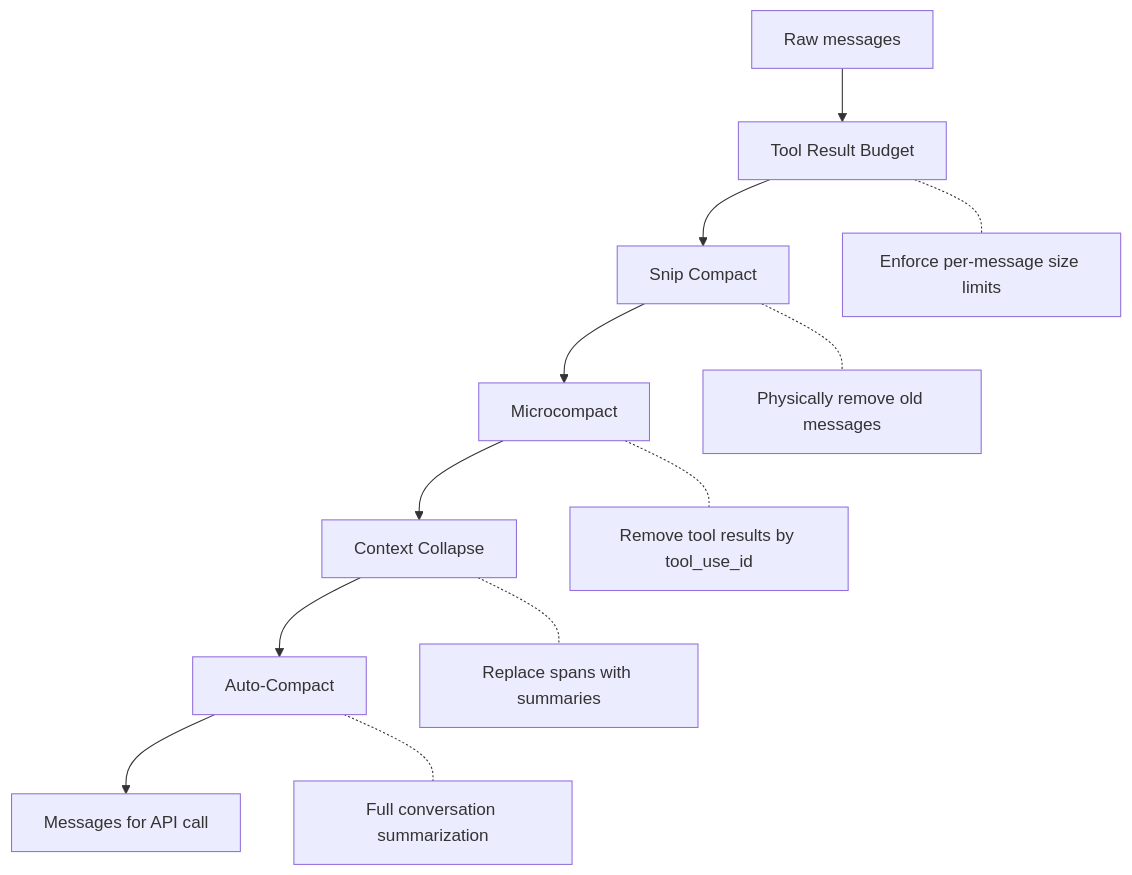
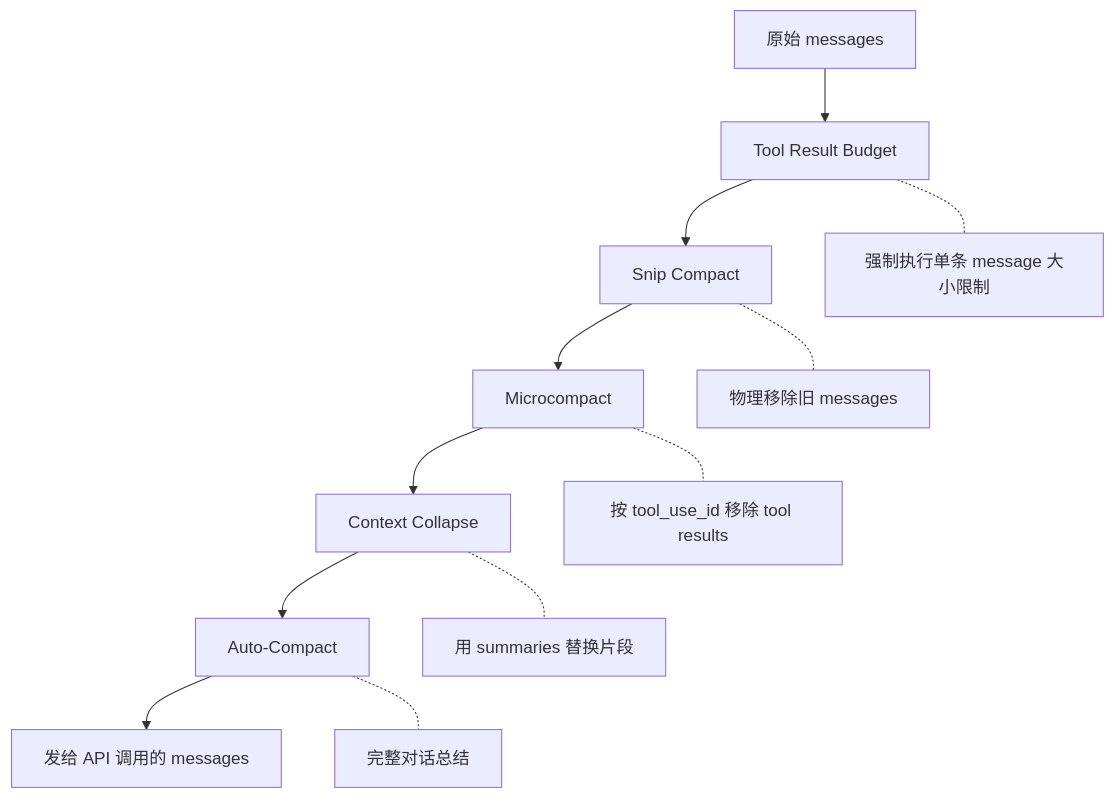
Before and after one commit to quanuanc/claude-code-from-source: the second of 3 diagrams in book-zh/ch05-agent-loop.md, drawn with Mermaid. The commit also changed other lines of this file and 1 other file, not shown here.

````diff
--- a/book-zh/ch05-agent-loop.md
+++ b/book-zh/ch05-agent-loop.md
@@ -199,15 +192,15 @@
 ```mermaid
 graph TD
-    A[Raw messages] --> B[Tool Result Budget]
+    A[原始 messages] --> B[Tool Result Budget]
     B --> C[Snip Compact]
     C --> D[Microcompact]
     D --> E[Context Collapse]
     E --> F[Auto-Compact]
-    F --> G[Messages for API call]
+    F --> G[发给 API 调用的 messages]
 
-    B -.- B1[Enforce per-message size limits]
-    C -.- C1[Physically remove old messages]
-    D -.- D1[Remove tool results by tool_use_id]
-    E -.- E1[Replace spans with summaries]
-    F -.- F1[Full conversation summarization]
+    B -.- B1[强制执行单条 message 大小限制]
+    C -.- C1[物理移除旧 messages]
+    D -.- D1[按 tool_use_id 移除 tool results]
+    E -.- E1[用 summaries 替换片段]
+    F -.- F1[完整对话总结]
 ```
````
